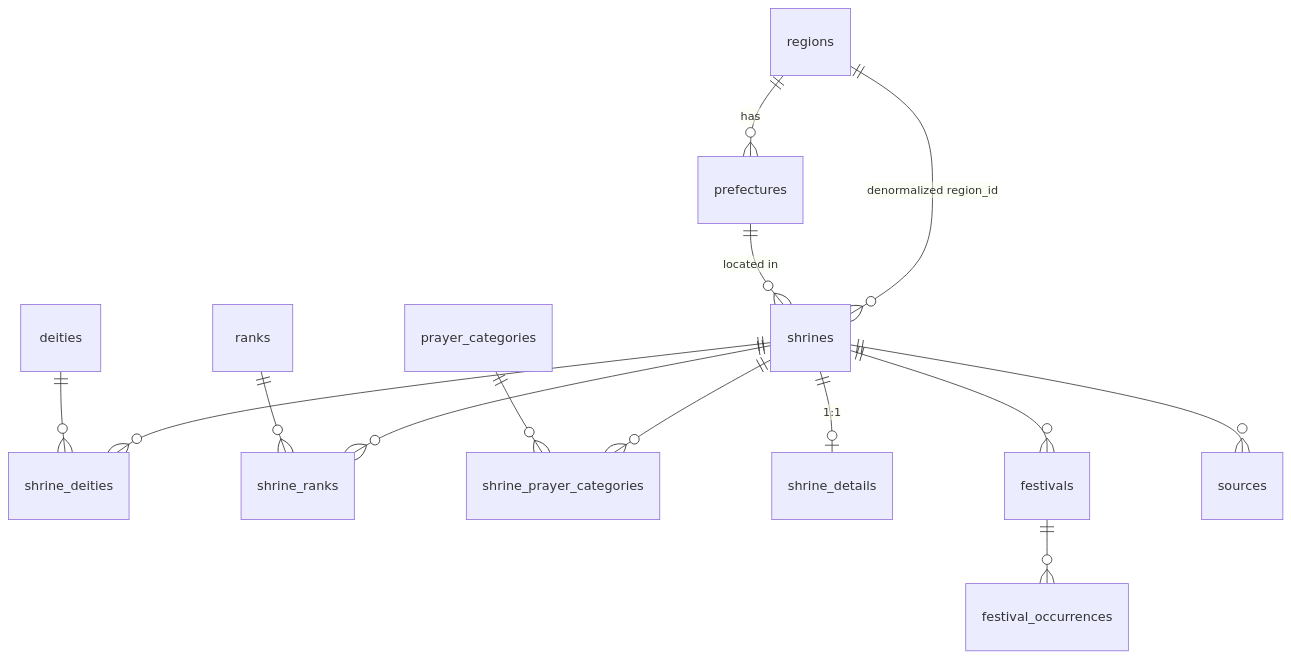
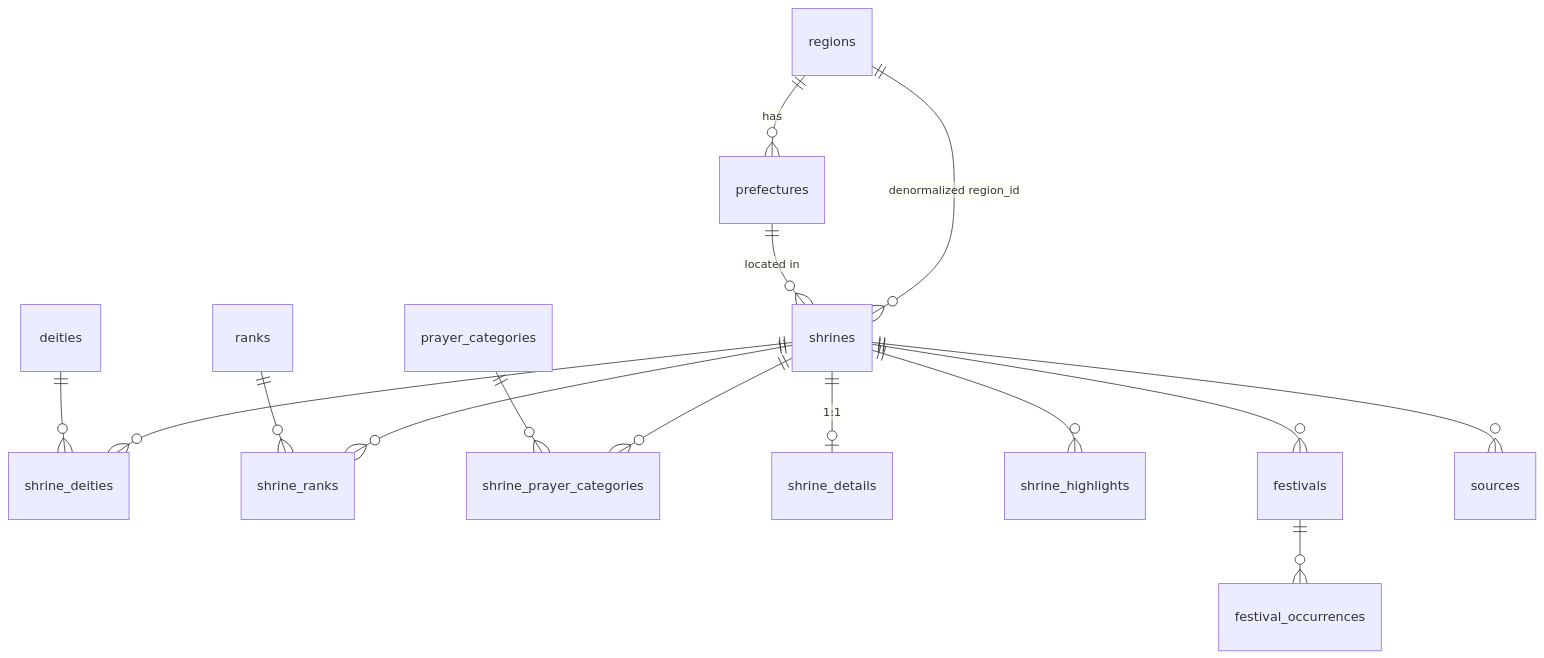
One commit to dothuan-git/jinja-meguri changed the diagram in docs/DATA_MODEL.md. Above: the diagram before and after it, drawn with Mermaid. The commit also changed other lines of this file and 12 other files, not shown here.

Commit message:
feat(shrine): add shrine_highlights table and UI section

````diff
--- a/docs/DATA_MODEL.md
+++ b/docs/DATA_MODEL.md
@@ -52,18 +52,19 @@
 ```mermaid
 erDiagram
     regions ||--o{ prefectures : "has"
     regions ||--o{ shrines : "denormalized region_id"
     prefectures ||--o{ shrines : "located in"
 
     shrines ||--o{ shrine_deities : ""
     deities  ||--o{ shrine_deities : ""
     shrines ||--o{ shrine_ranks : ""
     ranks    ||--o{ shrine_ranks : ""
     shrines ||--o{ shrine_prayer_categories : ""
     prayer_categories ||--o{ shrine_prayer_categories : ""
 
     shrines ||--o| shrine_details : "1:1"
+    shrines ||--o{ shrine_highlights : ""
     shrines ||--o{ festivals : ""
     shrines ||--o{ sources : ""
     festivals ||--o{ festival_occurrences : ""
 ```
````
